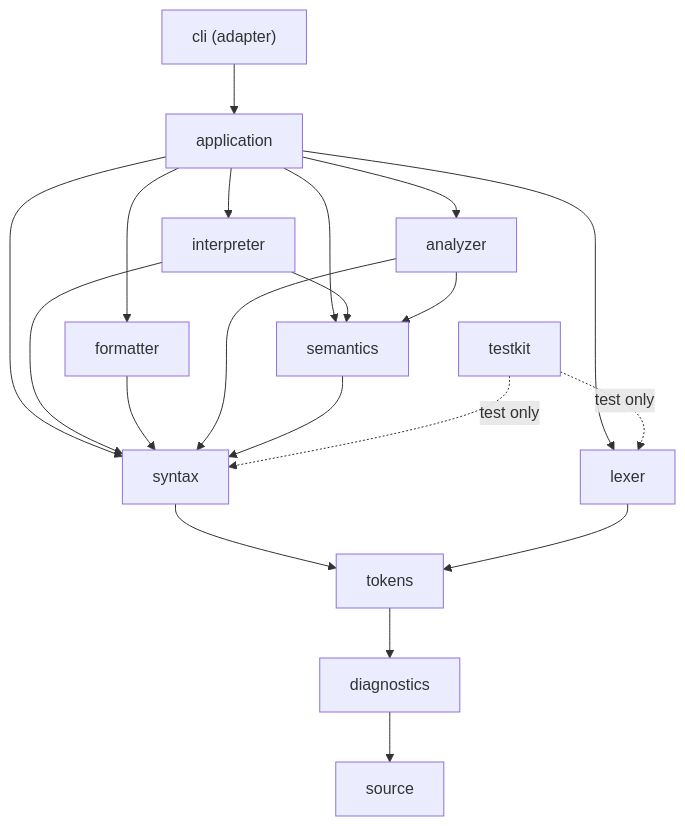
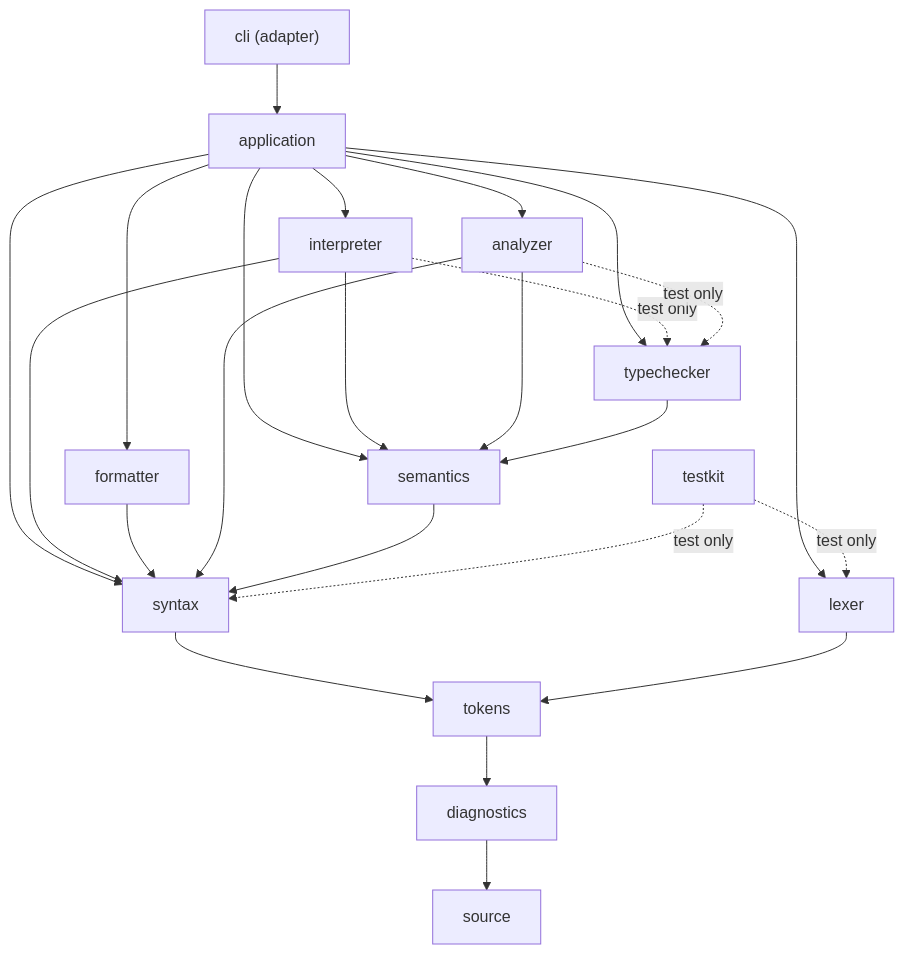
The first of 3 diagrams in docs/architecture.md (GarroteSantiago/printscript), drawn with Mermaid before and after one commit. The commit also changed other lines of this file and 28 other files, not shown here.

````diff
--- a/docs/architecture.md
+++ b/docs/architecture.md
@@ -33,22 +34,26 @@
 ```mermaid
 graph TD
     cli["cli (adapter)"] --> application
     application --> formatter
     application --> analyzer
     application --> interpreter
     application --> lexer
     application --> syntax
     application --> semantics
+    application --> typechecker
     interpreter --> syntax
     interpreter --> semantics
     formatter --> syntax
     analyzer --> syntax
     analyzer --> semantics
+    typechecker --> semantics
     semantics --> syntax
     syntax --> tokens
     lexer --> tokens
     tokens --> diagnostics
     diagnostics --> source
     testkit -.test only.-> lexer
     testkit -.test only.-> syntax
+    interpreter -.test only.-> typechecker
+    analyzer -.test only.-> typechecker
 ```
````
